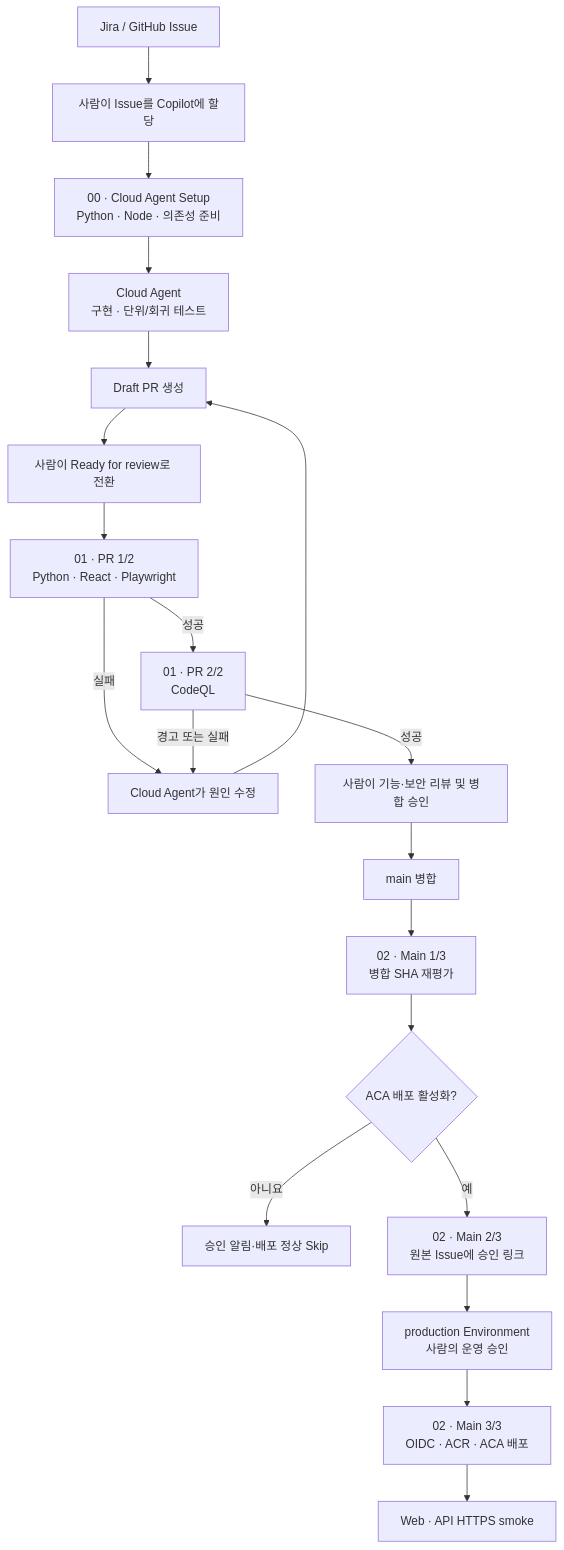
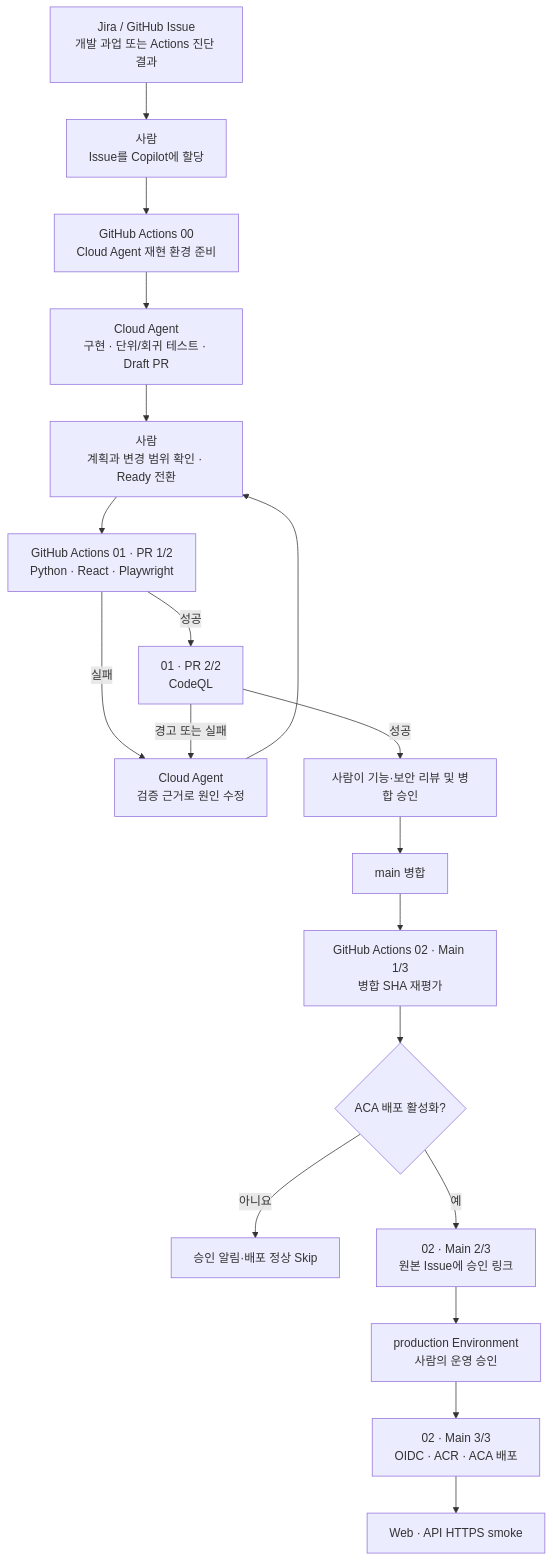
Before and after one commit to hijigoo/dev-agent-workflow: the first of 2 diagrams in README.md, drawn with Mermaid. The commit also changed other lines of this file, not shown here.

````diff
--- a/README.md
+++ b/README.md
@@ -21,22 +27,21 @@
 ```mermaid
 flowchart TD
-    issue["Jira / GitHub Issue"] --> assign["사람이 Issue를 Copilot에 할당"]
-    assign --> setup["00 · Cloud Agent Setup<br/>Python · Node · 의존성 준비"]
-    setup --> agent["Cloud Agent<br/>구현 · 단위/회귀 테스트"]
-    agent --> draft["Draft PR 생성"]
-    draft --> ready["사람이 Ready for review로 전환"]
-    ready --> quality["01 · PR 1/2<br/>Python · React · Playwright"]
+    issue["Jira / GitHub Issue<br/>개발 과업 또는 Actions 진단 결과"] --> assign["사람<br/>Issue를 Copilot에 할당"]
+    assign --> setup["GitHub Actions 00<br/>Cloud Agent 재현 환경 준비"]
+    setup --> agent["Cloud Agent<br/>구현 · 단위/회귀 테스트 · Draft PR"]
+    agent --> ready["사람<br/>계획과 변경 범위 확인 · Ready 전환"]
+    ready --> quality["GitHub Actions 01 · PR 1/2<br/>Python · React · Playwright"]
     quality -->|"성공"| codeql["01 · PR 2/2<br/>CodeQL"]
-    quality -->|"실패"| fix["Cloud Agent가 원인 수정"]
+    quality -->|"실패"| fix["Cloud Agent<br/>검증 근거로 원인 수정"]
     codeql -->|"경고 또는 실패"| fix
-    fix --> draft
+    fix --> ready
     codeql -->|"성공"| review["사람이 기능·보안 리뷰 및 병합 승인"]
     review --> merge["main 병합"]
-    merge --> evaluate["02 · Main 1/3<br/>병합 SHA 재평가"]
+    merge --> evaluate["GitHub Actions 02 · Main 1/3<br/>병합 SHA 재평가"]
     evaluate --> enabled{"ACA 배포 활성화?"}
     enabled -->|"아니요"| skip["승인 알림·배포 정상 Skip"]
     enabled -->|"예"| notice["02 · Main 2/3<br/>원본 Issue에 승인 링크"]
     notice --> approval["production Environment<br/>사람의 운영 승인"]
     approval --> deploy["02 · Main 3/3<br/>OIDC · ACR · ACA 배포"]
     deploy --> smoke["Web · API HTTPS smoke"]
 ```
````
